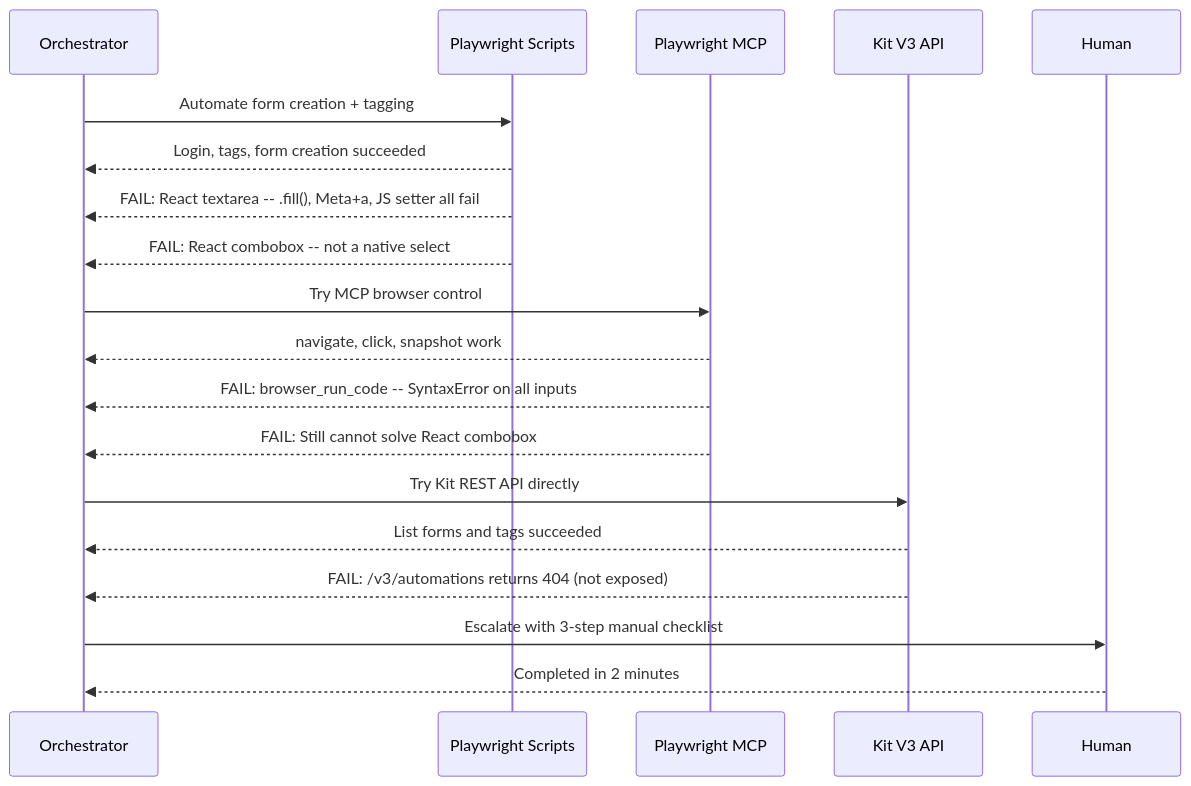
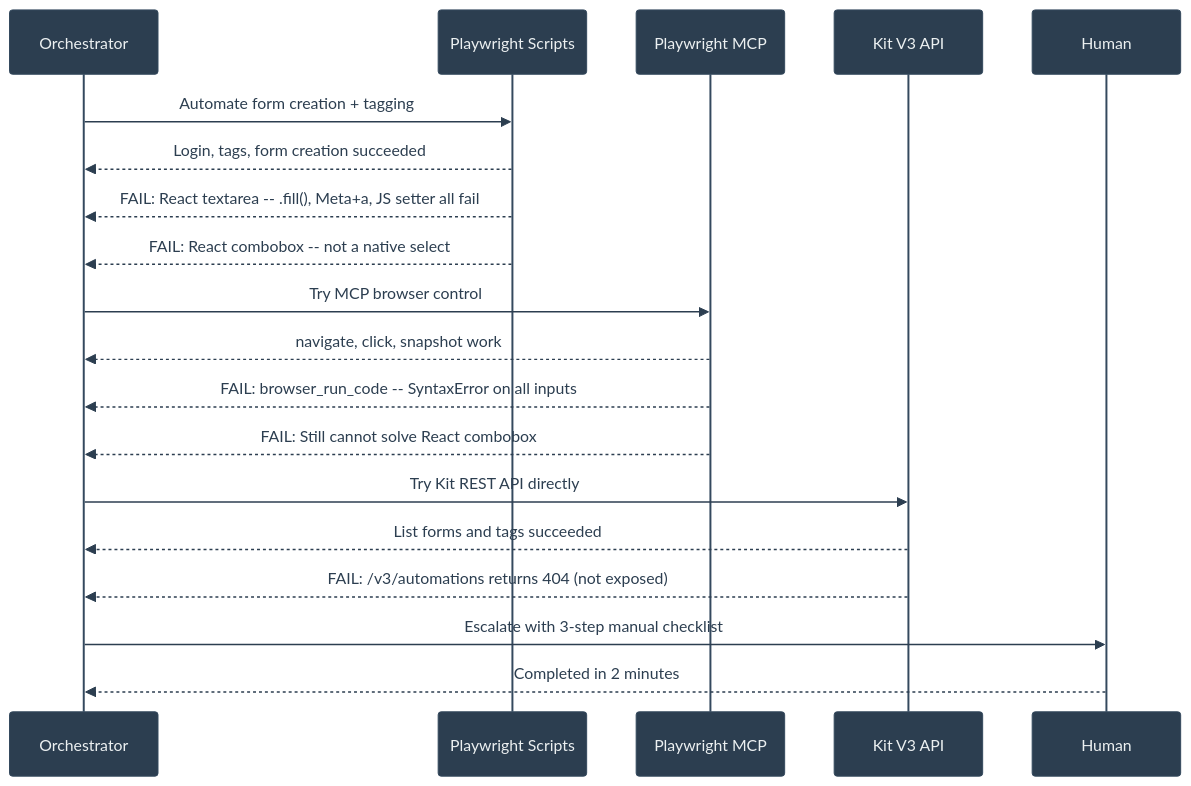
The second of 3 diagrams in case-study-growth-engine.qmd (danielmeppiel/agentic-sdlc-handbook), drawn with Mermaid before and after one commit. The commit also changed other lines of this file and 20 other files, not shown here.

First line of the commit message:
feat: add accessibility metadata and consistent theme to all 35 diagrams

````diff
--- a/case-study-growth-engine.qmd
+++ b/case-study-growth-engine.qmd
@@ -58,26 +66,30 @@
 ```{mermaid}
 %%| fig-width: 4.5
+%%| fig-cap: "Kit email automation escalation sequence"
+%%| fig-alt: "Sequence diagram showing three failed automation attempts followed by human escalation. The Orchestrator first tries Playwright Scripts: login, tags, and form creation succeed, but React textarea manipulation fails with .fill(), Meta+a, and JS setter, and the React combobox is not a native select. The Orchestrator then tries Playwright MCP: navigate, click, and snapshot work, but browser_run_code throws SyntaxError on all inputs and still cannot solve the React combobox. The Orchestrator then tries the Kit V3 API: listing forms and tags succeeds, but /v3/automations returns 404 as it is not exposed. Finally, the Orchestrator escalates to the Human with a 3-step manual checklist, which the Human completes in 2 minutes."
+%%| label: fig-cs-kit-escalation
+%%{init: {'theme': 'base', 'themeVariables': {'actorBkg': '#2c3e50', 'actorTextColor': '#ecf0f1', 'actorBorder': '#34495e', 'signalColor': '#2c3e50', 'signalTextColor': '#2c3e50', 'labelBoxBkgColor': '#ecf0f1', 'labelTextColor': '#2c3e50', 'noteBkgColor': '#f1c40f', 'noteTextColor': '#2c3e50', 'fontSize': '14px'}}}%%
 sequenceDiagram
     participant O as Orchestrator
     participant PW as Playwright Scripts
     participant MCP as Playwright MCP
     participant API as Kit V3 API
     participant H as Human
 
     O->>PW: Automate form creation + tagging
     PW-->>O: Login, tags, form creation succeeded
     PW-->>O: FAIL: React textarea -- .fill(), Meta+a, JS setter all fail
     PW-->>O: FAIL: React combobox -- not a native select
 
     O->>MCP: Try MCP browser control
     MCP-->>O: navigate, click, snapshot work
     MCP-->>O: FAIL: browser_run_code -- SyntaxError on all inputs
     MCP-->>O: FAIL: Still cannot solve React combobox
 
     O->>API: Try Kit REST API directly
     API-->>O: List forms and tags succeeded
     API-->>O: FAIL: /v3/automations returns 404 (not exposed)
 
     O->>H: Escalate with 3-step manual checklist
     H-->>O: Completed in 2 minutes
 ```
````
